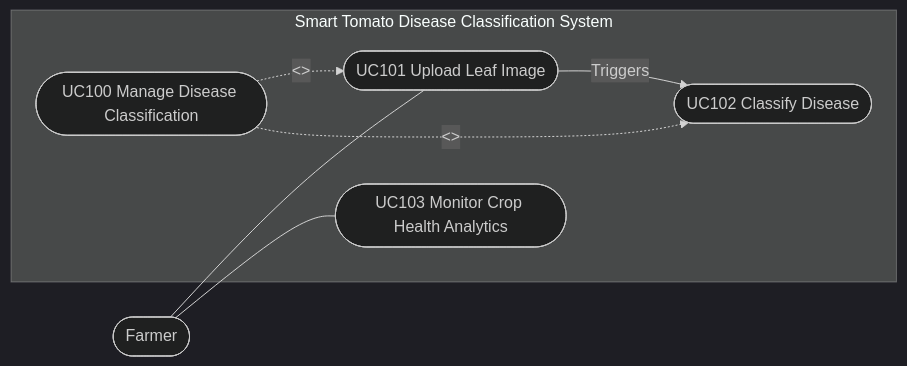
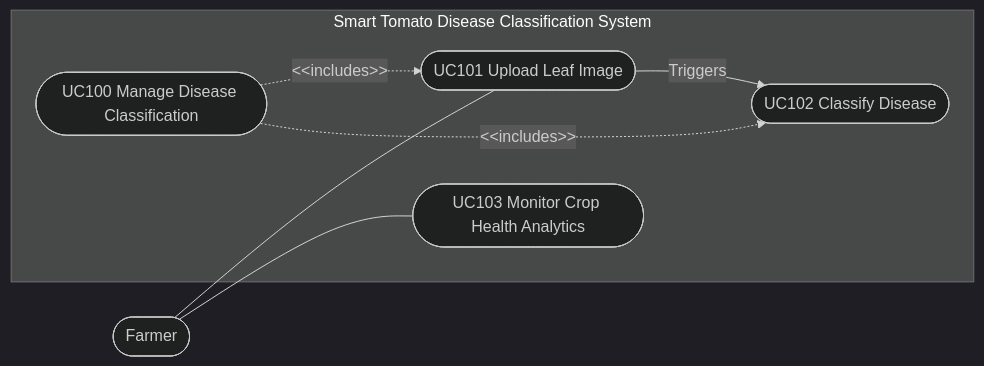
The second of 2 diagrams in tomato-disease-classifier/Software_Requirements_Specification.md (Peetiphat1/tomato-disease-classifier), drawn with Mermaid (dark theme) before and after one commit. The commit also changed other lines of this file, not shown here.

````diff
--- a/tomato-disease-classifier/Software_Requirements_Specification.md
+++ b/tomato-disease-classifier/Software_Requirements_Specification.md
@@ -102,18 +102,18 @@
 ```mermaid
 flowchart LR
     Actor([Farmer])
     
-    subgraph Smart Tomato Disease Classification System
+    subgraph System ["Smart Tomato Disease Classification System"]
         UC101([UC101 Upload Leaf Image])
         UC102([UC102 Classify Disease])
         UC103([UC103 Monitor Crop Health Analytics])
         UC100([UC100 Manage Disease Classification])
     end
 
     Actor --- UC101
     Actor --- UC103
     
-    UC100 -.->|<<includes>>| UC101
-    UC100 -.->|<<includes>>| UC102
+    UC100 -.->|&lt;&lt;includes&gt;&gt;| UC101
+    UC100 -.->|&lt;&lt;includes&gt;&gt;| UC102
     UC101 -->|Triggers| UC102
 ```
````
